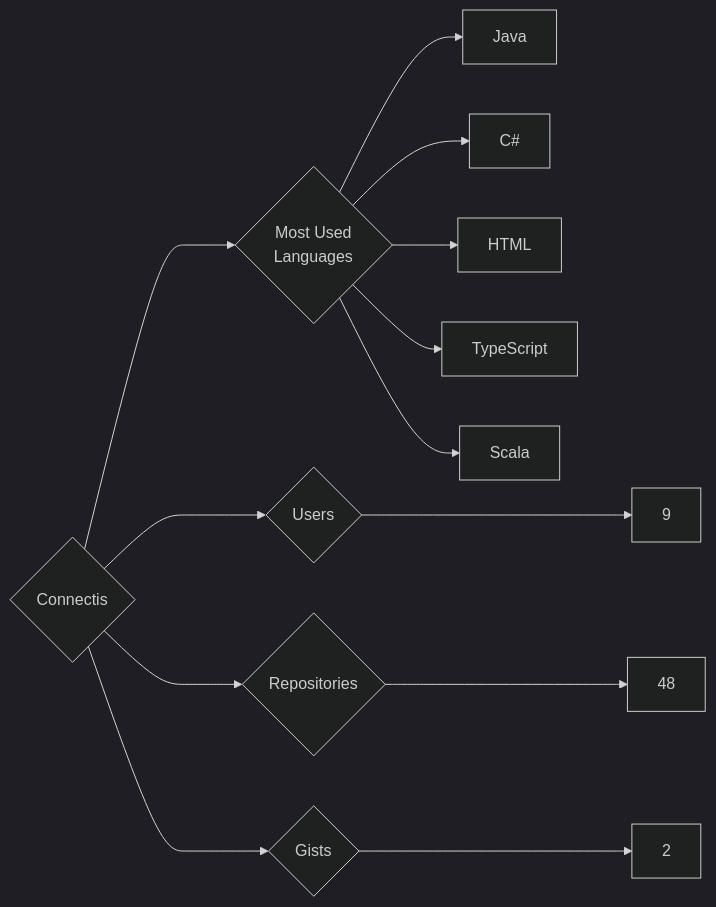
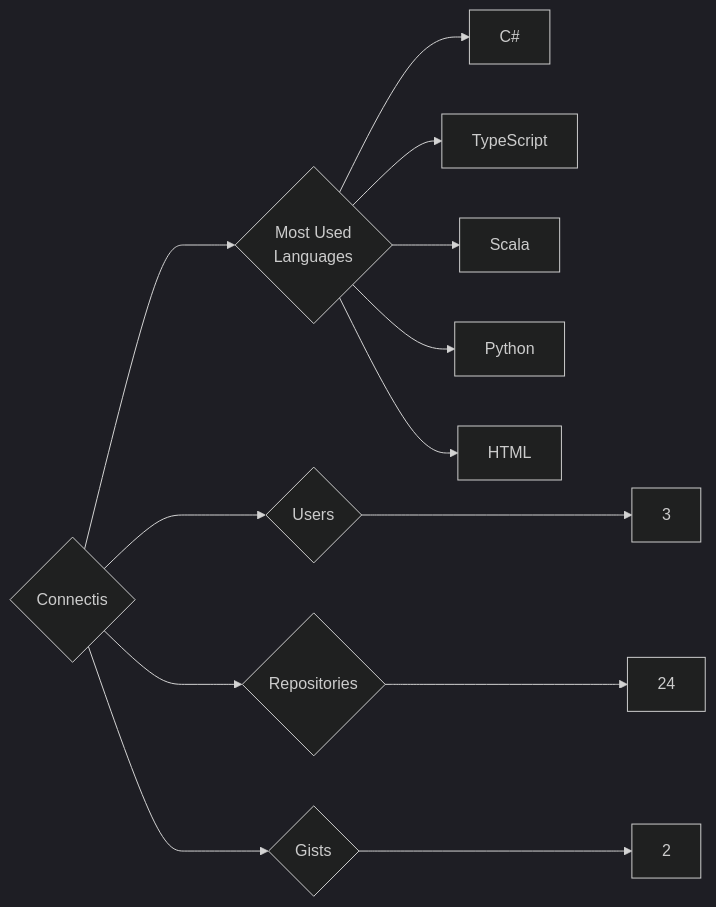
Before and after one commit to trickest/insiders: the diagram in targets/Connectis/README.md, drawn with Mermaid (dark theme). The commit also changed 1123 other files, not shown here.

````diff
--- a/targets/Connectis/README.md
+++ b/targets/Connectis/README.md
@@ -3,13 +3,13 @@
 ```mermaid
 graph LR
 COMPANY_NAME{Connectis}
-COMPANY_NAME ---> U{Users} ---> UN[9]
-COMPANY_NAME ---> R{Repositories} ---> RN[48]
+COMPANY_NAME ---> U{Users} ---> UN[3]
+COMPANY_NAME ---> R{Repositories} ---> RN[24]
 COMPANY_NAME ---> G{Gists} ---> GN[2]
 COMPANY_NAME ---> ML{Most Used<br>Languages}
-ML --> Java[Java]
 ML --> C#[C#]
-ML --> HTML[HTML]
 ML --> TypeScript[TypeScript]
 ML --> Scala[Scala]
+ML --> Python[Python]
+ML --> HTML[HTML]
 ```
````
